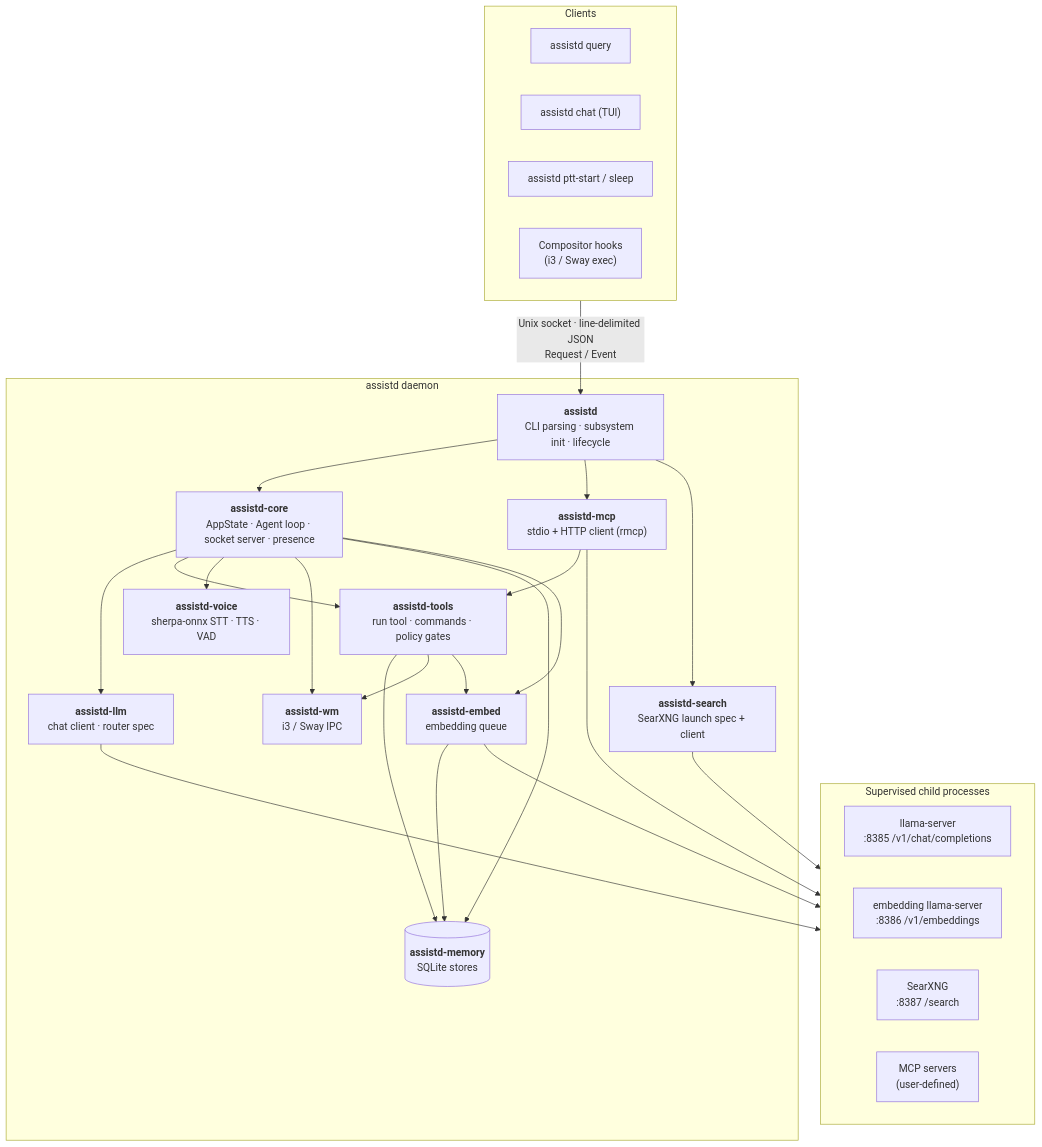
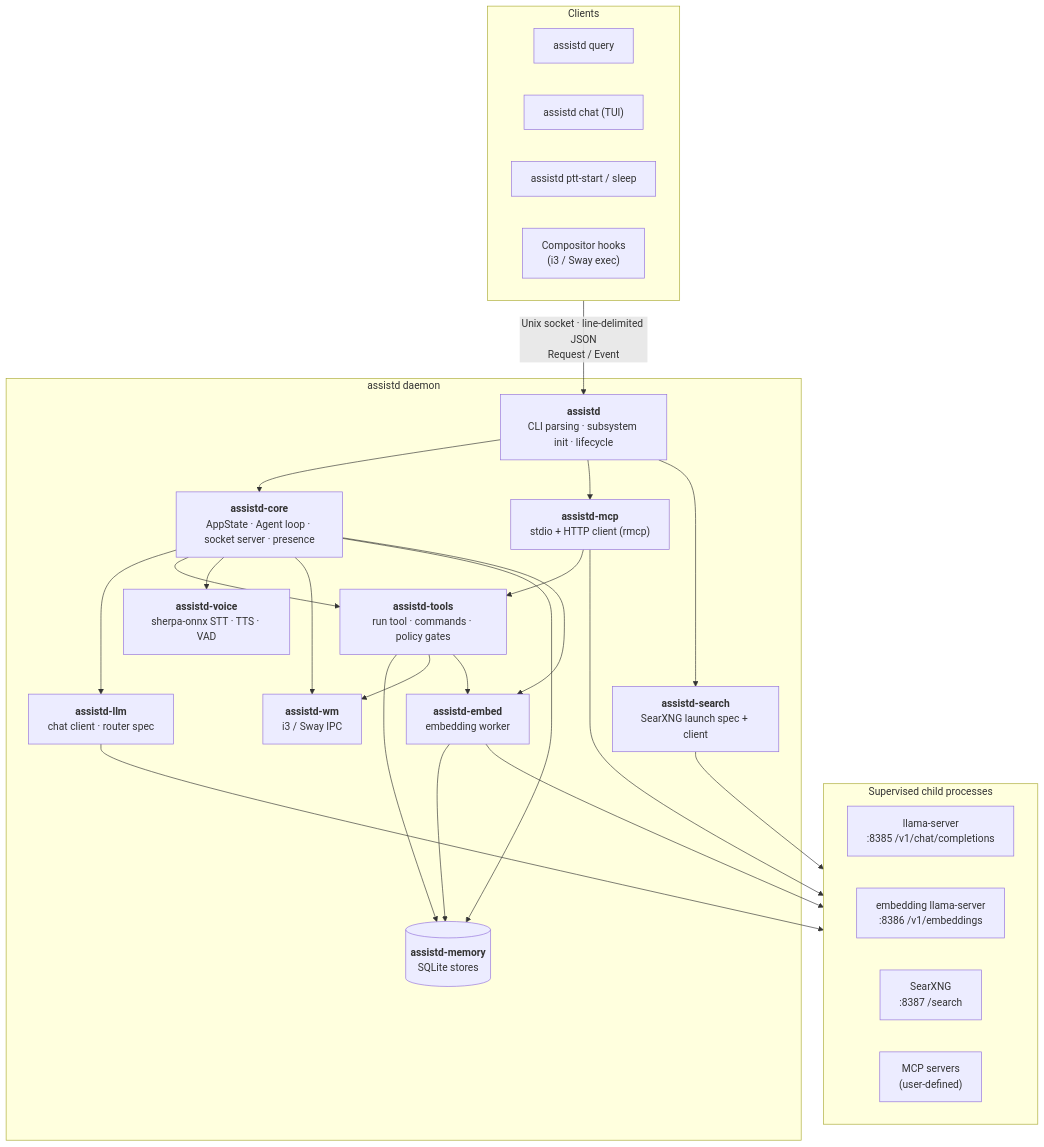
Before and after one commit to gnolruf/assistd: the diagram in docs/architecture.md, drawn with Mermaid. The commit also changed other lines of this file and 19 other files, not shown here.

First line of the commit message:
Pull pending rows from the database instead of an in-memory embed queue (#828)

````diff
--- a/docs/architecture.md
+++ b/docs/architecture.md
@@ -10,45 +10,45 @@
 ```mermaid
 flowchart TB
     subgraph clients["Clients"]
         direction LR
         query["assistd query"]
         chat["assistd chat (TUI)"]
         ptt["assistd ptt-start / sleep"]
         hooks["Compositor hooks<br/>(i3 / Sway exec)"]
     end
 
     subgraph daemon["assistd daemon"]
         bin["<b>assistd</b><br/>CLI parsing · subsystem init · lifecycle"]
         core["<b>assistd-core</b><br/>AppState · Agent loop · socket server · presence"]
         llm["<b>assistd-llm</b><br/>chat client · router spec"]
         tools["<b>assistd-tools</b><br/>run tool · commands · policy gates"]
         voice["<b>assistd-voice</b><br/>sherpa-onnx STT · TTS · VAD"]
         wm["<b>assistd-wm</b><br/>i3 / Sway IPC"]
         mcp["<b>assistd-mcp</b><br/>stdio + HTTP client (rmcp)"]
         memory[("<b>assistd-memory</b><br/>SQLite stores")]
-        embed["<b>assistd-embed</b><br/>embedding queue"]
+        embed["<b>assistd-embed</b><br/>embedding worker"]
         search["<b>assistd-search</b><br/>SearXNG launch spec + client"]
     end
 
     subgraph external["Supervised child processes"]
         direction LR
         llama["llama-server<br/>:8385 /v1/chat/completions"]
         embedsrv["embedding llama-server<br/>:8386 /v1/embeddings"]
         searxng["SearXNG<br/>:8387 /search"]
         mcpsrv["MCP servers<br/>(user-defined)"]
     end
 
     clients -- "Unix socket · line-delimited JSON<br/>Request / Event" --> bin
     bin --> core
     bin --> mcp & search
     core --> llm & tools & voice & wm & memory & embed
     tools --> memory & wm
     mcp --> tools
     embed --> memory
     tools --> embed
 
     llm --> llama
     embed --> embedsrv
     search --> searxng
     mcp --> mcpsrv
 ```
````
